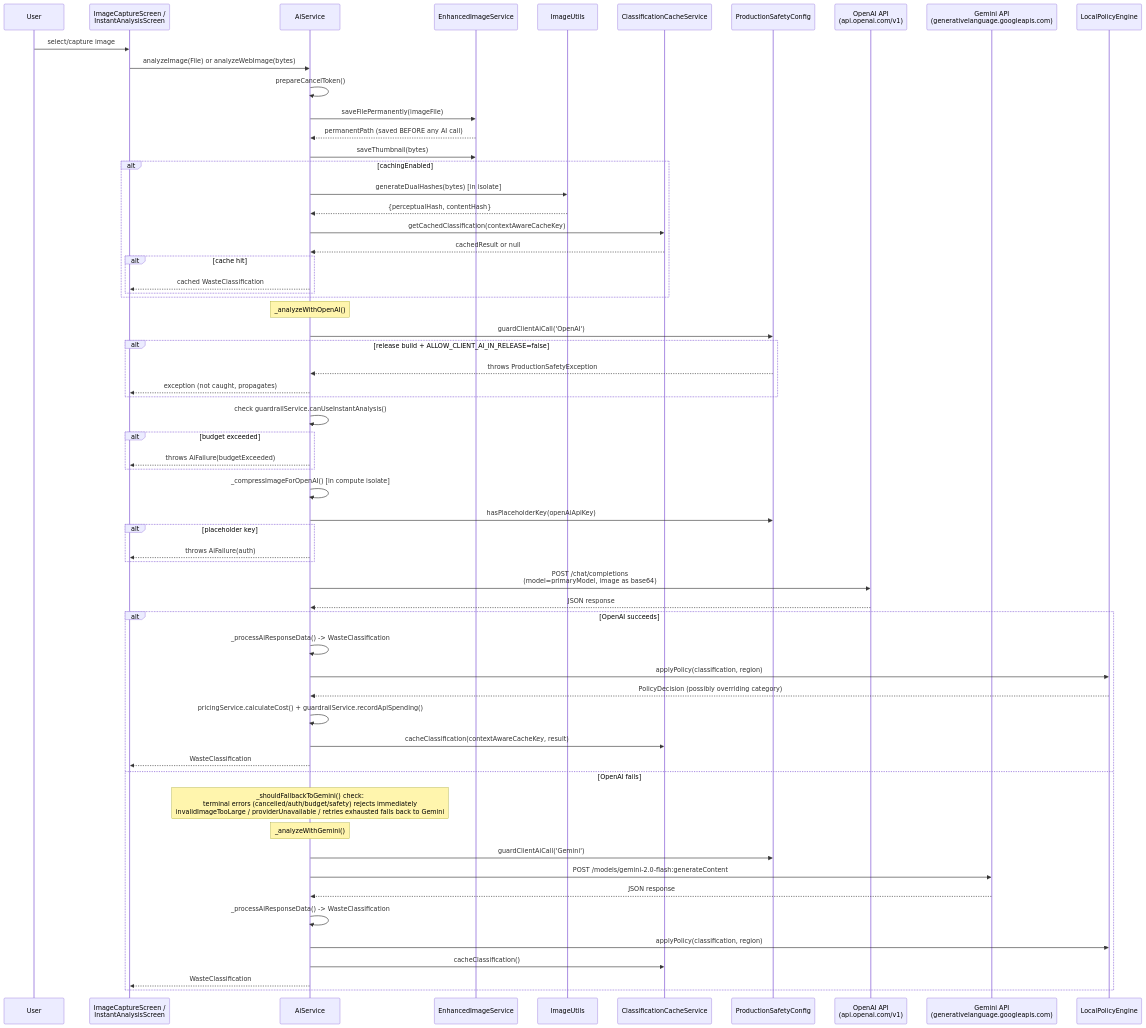
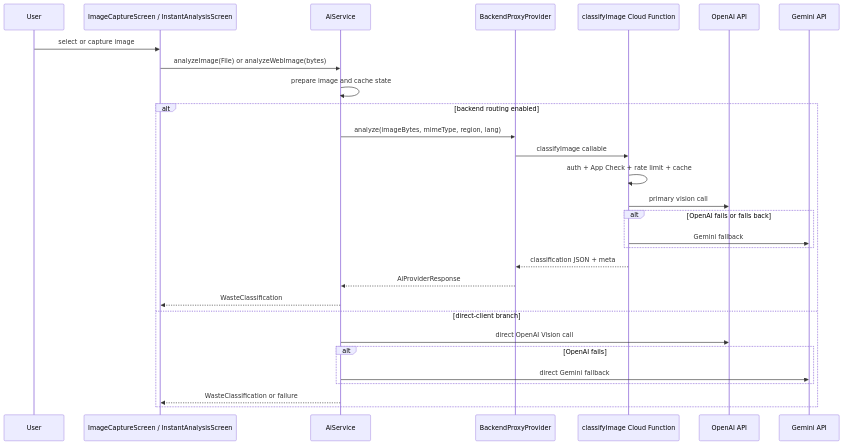
One commit to pranaysuyash/Waste-Segregation-App changed the diagram in docs/review/AI_PIPELINE_TRUTH_MAP_2026-05-21.md. Above: the diagram before and after it, drawn with Mermaid. The commit also changed other lines of this file and 52 other files, not shown here.

````diff
--- a/docs/review/AI_PIPELINE_TRUTH_MAP_2026-05-21.md
+++ b/docs/review/AI_PIPELINE_TRUTH_MAP_2026-05-21.md
@@ -47,67 +37,33 @@
 ```mermaid
 sequenceDiagram
     participant U as User
-    participant Screen as ImageCaptureScreen /<br/>InstantAnalysisScreen
+    participant Screen as ImageCaptureScreen / InstantAnalysisScreen
     participant AiSvc as AiService
-    participant ImgSvc as EnhancedImageService
-    participant ImgUtils as ImageUtils
-    participant Cache as ClassificationCacheService
-    participant PSC as ProductionSafetyConfig
-    participant OAI as OpenAI API<br/>(api.openai.com/v1)
-    participant Gem as Gemini API<br/>(generativelanguage.googleapis.com)
-    participant Policy as LocalPolicyEngine
+    participant Proxy as BackendProxyProvider
+    participant CF as classifyImage Cloud Function
+    participant OAI as OpenAI API
+    participant Gem as Gemini API
 
-    U->>Screen: select/capture image
+    U->>Screen: select or capture image
     Screen->>AiSvc: analyzeImage(File) or analyzeWebImage(bytes)
-    AiSvc->>AiSvc: prepareCancelToken()
-    AiSvc->>ImgSvc: saveFilePermanently(imageFile)
-    ImgSvc-->>AiSvc: permanentPath (saved BEFORE any AI call)
-    AiSvc->>ImgSvc: saveThumbnail(bytes)
+    AiSvc->>AiSvc: prepare image and cache state
 
-    alt cachingEnabled
-        AiSvc->>ImgUtils: generateDualHashes(bytes) [in isolate]
-        ImgUtils-->>AiSvc: {perceptualHash, contentHash}
-        AiSvc->>Cache: getCachedClassification(contextAwareCacheKey)
-        Cache-->>AiSvc: cachedResult or null
-        alt cache hit
-            AiSvc-->>Screen: cached WasteClassification
+    alt backend routing enabled
+        AiSvc->>Proxy: analyze(imageBytes, mimeType, region, lang)
+        Proxy->>CF: classifyImage callable
+        CF->>CF: auth + App Check + rate limit + cache
+        CF->>OAI: primary vision call
+        alt OpenAI fails or falls back
+            CF->>Gem: Gemini fallback
         end
-    end
-
-    Note over AiSvc: _analyzeWithOpenAI()
-    AiSvc->>PSC: guardClientAiCall('OpenAI')
-    alt release build + ALLOW_CLIENT_AI_IN_RELEASE=false
-        PSC-->>AiSvc: throws ProductionSafetyException
-        AiSvc-->>Screen: exception (not caught, propagates)
-    end
-    AiSvc->>AiSvc: check guardrailService.canUseInstantAnalysis()
-    alt budget exceeded
-        AiSvc-->>Screen: throws AiFailure(budgetExceeded)
-    end
-    AiSvc->>AiSvc: _compressImageForOpenAI() [in compute isolate]
-    AiSvc->>PSC: hasPlaceholderKey(openAiApiKey)
-    alt placeholder key
-        AiSvc-->>Screen: throws AiFailure(auth)
-    end
-    AiSvc->>OAI: POST /chat/completions<br/>(model=primaryModel, image as base64)
-    OAI-->>AiSvc: JSON response
-
-    alt OpenAI succeeds
-        AiSvc->>AiSvc: _processAiResponseData() -> WasteClassification
-        AiSvc->>Policy: applyPolicy(classification, region)
-        Policy-->>AiSvc: PolicyDecision (possibly overriding category)
-        AiSvc->>AiSvc: pricingService.calculateCost() + guardrailService.recordApiSpending()
-        AiSvc->>Cache: cacheClassification(contextAwareCacheKey, result)
+        CF-->>Proxy: classification JSON + meta
+        Proxy-->>AiSvc: AiProviderResponse
         AiSvc-->>Screen: WasteClassification
-    else OpenAI fails
-        Note over AiSvc: _shouldFallbackToGemini() check:<br/>terminal errors (cancelled/auth/budget/safety) rejects immediately<br/>invalidImageTooLarge / providerUnavailable / retries exhausted falls back to Gemini
-        Note over AiSvc: _analyzeWithGemini()
-        AiSvc->>PSC: guardClientAiCall('Gemini')
-        AiSvc->>Gem: POST /models/gemini-2.0-flash:generateContent
-        Gem-->>AiSvc: JSON response
-        AiSvc->>AiSvc: _processAiResponseData() -> WasteClassification
-        AiSvc->>Policy: applyPolicy(classification, region)
-        AiSvc->>Cache: cacheClassification()
-        AiSvc-->>Screen: WasteClassification
+    else direct-client branch
+        AiSvc->>OAI: direct OpenAI Vision call
+        alt OpenAI fails
+            AiSvc->>Gem: direct Gemini fallback
+        end
+        AiSvc-->>Screen: WasteClassification or failure
     end
 ```
````
